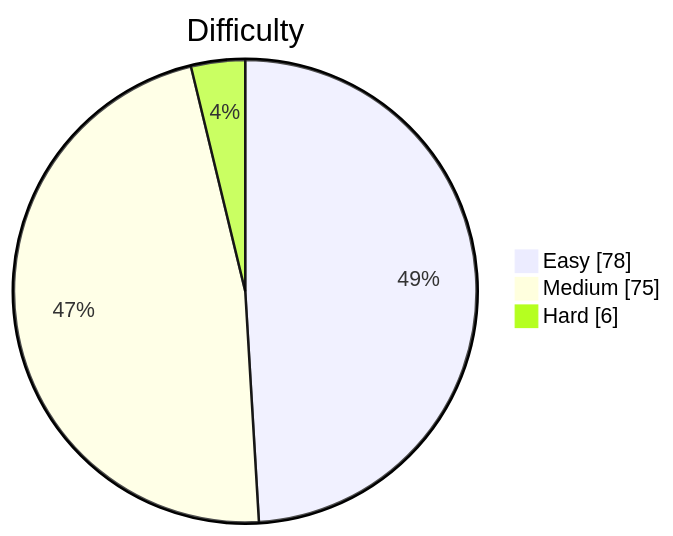
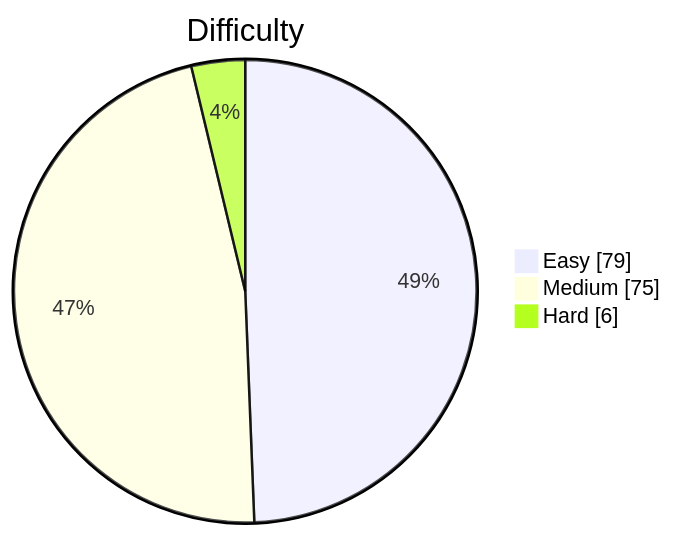
One commit to kevstevie/python-algo-practice changed the diagram in README.md. Above: the diagram before and after it, drawn with Mermaid. The commit also changed other lines of this file, not shown here.

````diff
--- a/README.md
+++ b/README.md
@@ -13,7 +13,7 @@
 ```mermaid
 pie showData
     title Difficulty
-    "Easy"   : 78
+    "Easy"   : 79
     "Medium" : 75
     "Hard"   : 6
 ```
````
